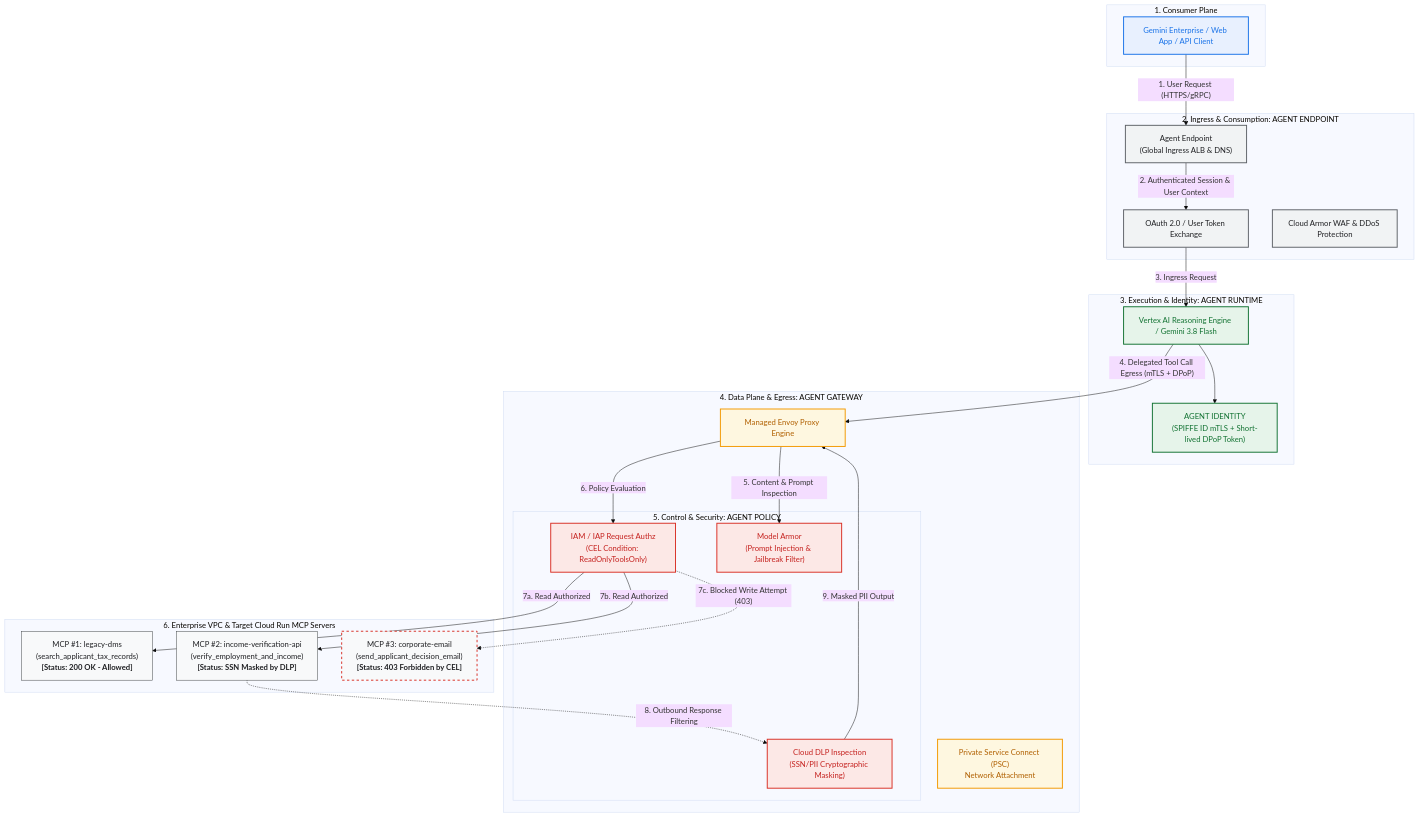
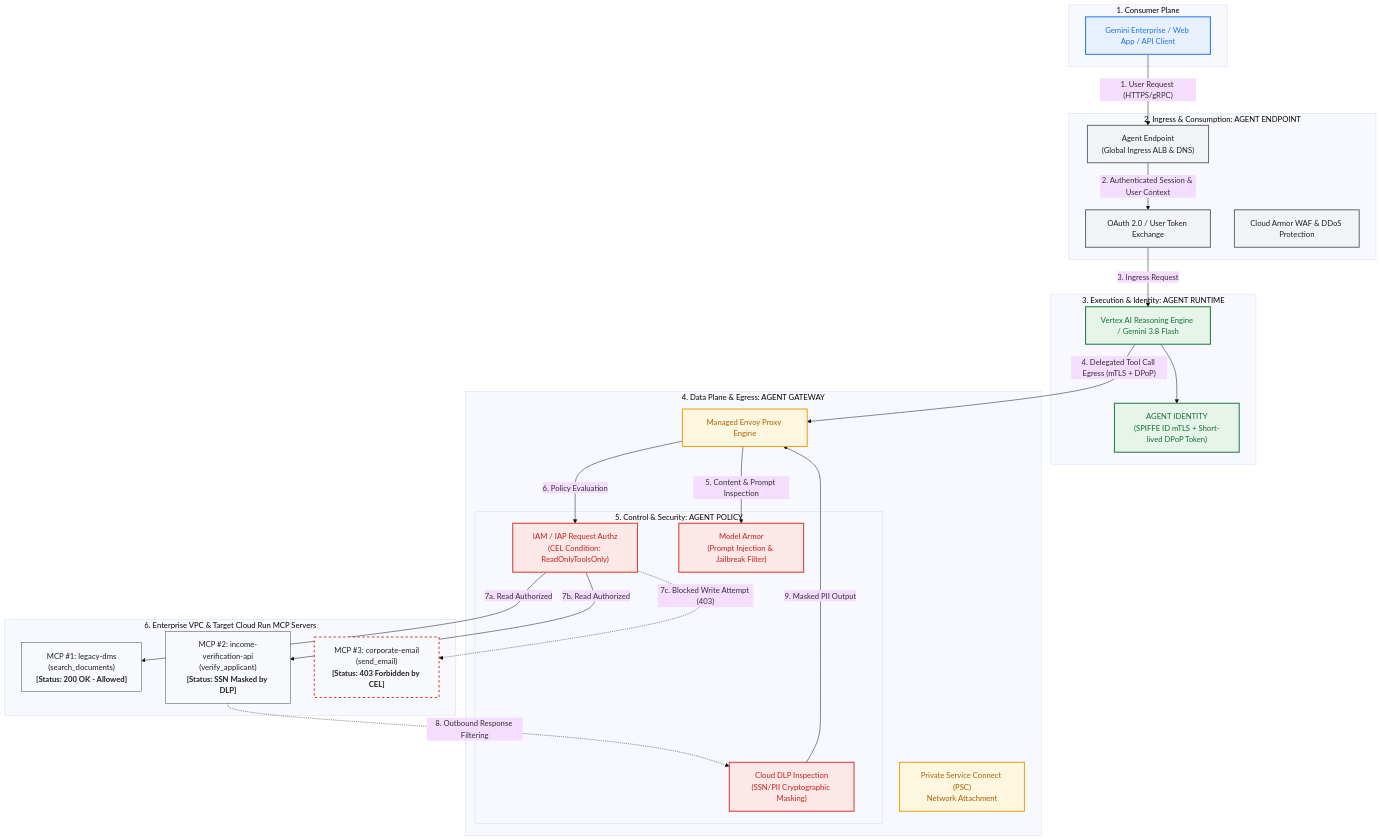
Before and after one commit to ddiger/gemini-enterprise-agent-engine: the diagram in README.md, drawn with Mermaid (base theme). The commit also changed other lines of this file and 5 other files, not shown here.

Commit message:
fix: resolve review blockers, add API enablement, VPC customization, staging bucket, and fix CEL egress binding

````diff
--- a/README.md
+++ b/README.md
@@ -15,58 +15,58 @@
 ```mermaid
 flowchart TD
     classDef client fill:#E8F0FE,stroke:#1A73E8,stroke-width:2px,color:#1A73E8;
     classDef ingress fill:#F1F3F4,stroke:#5F6368,stroke-width:2px,color:#202124;
     classDef runtime fill:#E6F4EA,stroke:#137333,stroke-width:2px,color:#137333;
     classDef gateway fill:#FEF7E0,stroke:#F29900,stroke-width:2px,color:#B06000;
     classDef policy fill:#FCE8E6,stroke:#D93025,stroke-width:2px,color:#C5221F;
     classDef backend fill:#F8F9FA,stroke:#3C4043,stroke-width:1px,color:#202124;
 
     subgraph CLIENT_LAYER["1. Consumer Plane"]
         Client["Gemini Enterprise / Web App / API Client"]:::client
     end
 
     subgraph INGRESS_LAYER["2. Ingress & Consumption: AGENT ENDPOINT"]
         Endpoint["Agent Endpoint<br/>(Global Ingress ALB & DNS)"]:::ingress
         OAuth["OAuth 2.0 / User Token Exchange"]:::ingress
         CloudArmor["Cloud Armor WAF & DDoS Protection"]:::ingress
     end
 
     subgraph RUNTIME_LAYER["3. Execution & Identity: AGENT RUNTIME"]
         Runtime["Vertex AI Reasoning Engine / Gemini 3.8 Flash"]:::runtime
         Identity["AGENT IDENTITY<br/>(SPIFFE ID mTLS + Short-lived DPoP Token)"]:::runtime
     end
 
     subgraph GATEWAY_LAYER["4. Data Plane & Egress: AGENT GATEWAY"]
         Envoy["Managed Envoy Proxy Engine"]:::gateway
         PSC["Private Service Connect (PSC)<br/>Network Attachment"]:::gateway
         
         subgraph POLICY_LAYER["5. Control & Security: AGENT POLICY"]
             CEL["IAM / IAP Request Authz<br/>(CEL Condition: ReadOnlyToolsOnly)"]:::policy
             ModelArmor["Model Armor<br/>(Prompt Injection & Jailbreak Filter)"]:::policy
             DLP["Cloud DLP Inspection<br/>(SSN/PII Cryptographic Masking)"]:::policy
         end
     end
 
     subgraph BACKEND_LAYER["6. Enterprise VPC & Target Cloud Run MCP Servers"]
-        DMS["MCP #1: legacy-dms<br/>(search_applicant_tax_records)<br/><b>[Status: 200 OK - Allowed]</b>"]:::backend
-        Payroll["MCP #2: income-verification-api<br/>(verify_employment_and_income)<br/><b>[Status: SSN Masked by DLP]</b>"]:::backend
-        Email["MCP #3: corporate-email<br/>(send_applicant_decision_email)<br/><b>[Status: 403 Forbidden by CEL]</b>"]:::backend
+        DMS["MCP #1: legacy-dms<br/>(search_documents)<br/><b>[Status: 200 OK - Allowed]</b>"]:::backend
+        Payroll["MCP #2: income-verification-api<br/>(verify_applicant)<br/><b>[Status: SSN Masked by DLP]</b>"]:::backend
+        Email["MCP #3: corporate-email<br/>(send_email)<br/><b>[Status: 403 Forbidden by CEL]</b>"]:::backend
     end
 
     Client -->|"1. User Request (HTTPS/gRPC)"| Endpoint
     Endpoint -->|"2. Authenticated Session & User Context"| OAuth
     OAuth -->|"3. Ingress Request"| Runtime
     Runtime --> Identity
     Runtime -->|"4. Delegated Tool Call Egress (mTLS + DPoP)"| Envoy
 
     Envoy -->|"5. Content & Prompt Inspection"| ModelArmor
     Envoy -->|"6. Policy Evaluation"| CEL
     
     CEL -->|"7a. Read Authorized"| DMS
     CEL -->|"7b. Read Authorized"| Payroll
     Payroll -.->|"8. Outbound Response Filtering"| DLP
     DLP -->|"9. Masked PII Output"| Envoy
     
     CEL -.->|"7c. Blocked Write Attempt (403)"| Email
     style Email stroke:#D93025,stroke-width:2px,stroke-dasharray: 5 5;
 ```
````
